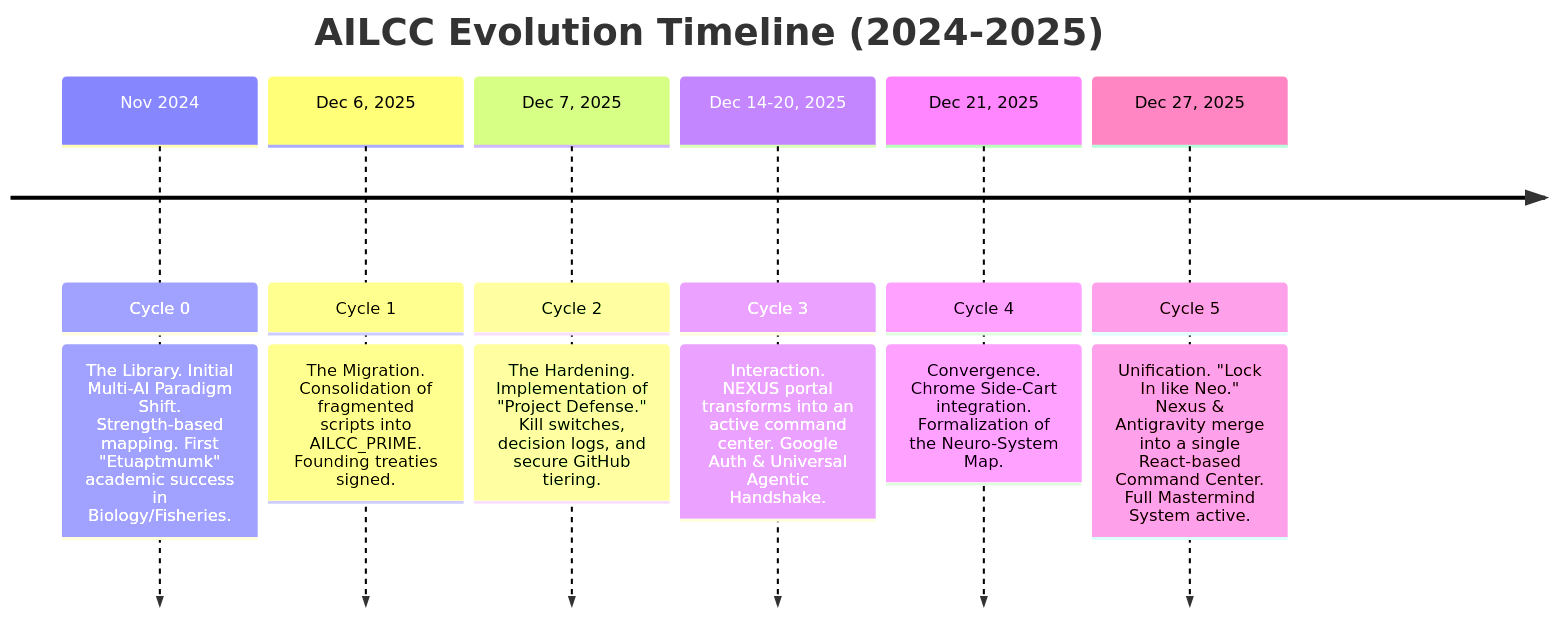
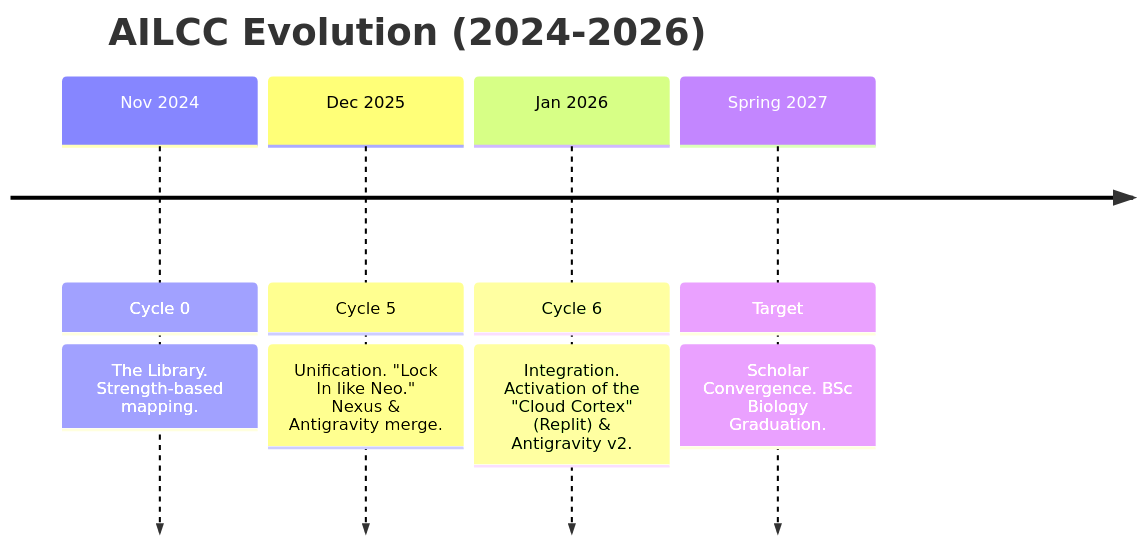
Before and after one commit to infinitexzero-AI/AI-MasterMind-Alliance: the diagram in AILCC_WHITEPAPER.md, drawn with Mermaid. The commit also changed other lines of this file and 367 other files, not shown here.

Commit message:
chore: Update dependencies, introduce new system scripts, and refine application artifacts and personal documents.

````diff
--- a/AILCC_WHITEPAPER.md
+++ b/AILCC_WHITEPAPER.md
@@ -9,10 +8,8 @@
 ```mermaid
 timeline
-    title AILCC Evolution Timeline (2024-2025)
-    Nov 2024 : Cycle 0: The Library. Initial Multi-AI Paradigm Shift. Strength-based mapping. First "Etuaptmumk" academic success in Biology/Fisheries.
-    Dec 6, 2025 : Cycle 1: The Migration. Consolidation of fragmented scripts into AILCC_PRIME. Founding treaties signed.
-    Dec 7, 2025 : Cycle 2: The Hardening. Implementation of "Project Defense." Kill switches, decision logs, and secure GitHub tiering.
-    Dec 14-20, 2025 : Cycle 3: Interaction. NEXUS portal transforms into an active command center. Google Auth & Universal Agentic Handshake.
-    Dec 21, 2025 : Cycle 4: Convergence. Chrome Side-Cart integration. Formalization of the Neuro-System Map.
-    Dec 27, 2025 : Cycle 5: Unification. "Lock In like Neo." Nexus & Antigravity merge into a single React-based Command Center. Full Mastermind System active.
+    title AILCC Evolution (2024-2026)
+    Nov 2024 : Cycle 0: The Library. Strength-based mapping.
+    Dec 2025 : Cycle 5: Unification. "Lock In like Neo." Nexus & Antigravity merge.
+    Jan 2026 : Cycle 6: Integration. Activation of the "Cloud Cortex" (Replit) & Antigravity v2.
+    Spring 2027 : Target: Scholar Convergence. BSc Biology Graduation.
 ```
````
